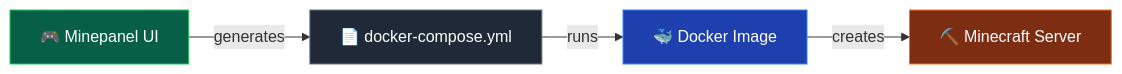
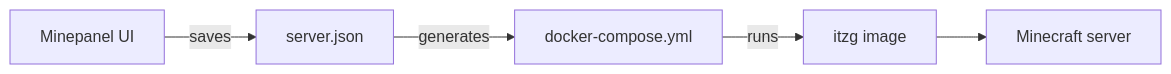
Before and after one commit to Ketbome/minepanel: the second of 2 diagrams in doc/server-types.md, drawn with Mermaid. The commit also changed other lines of this file and 56 other files, not shown here.

First line of the commit message:
docs: current screenshots and diagrams across the whole site (#333)

````diff
--- a/doc/server-types.md
+++ b/doc/server-types.md
@@ -33,11 +43,7 @@
 ```mermaid
 flowchart LR
-    A["🎮 Minepanel UI"] -->|"generates"| B["📄 docker-compose.yml"]
-    B -->|"runs"| C["🐳 Docker Image"]
-    C -->|"creates"| D["⛏️ Minecraft Server"]
-
-    style A fill:#065f46,stroke:#22c55e,color:#fff
-    style B fill:#1f2937,stroke:#6b7280,color:#fff
-    style C fill:#1e40af,stroke:#3b82f6,color:#fff
-    style D fill:#7c2d12,stroke:#f97316,color:#fff
+    A["Minepanel UI"] -->|"saves"| S["server.json"]
+    S -->|"generates"| B["docker-compose.yml"]
+    B -->|"runs"| C["itzg image"]
+    C --> D["Minecraft server"]
 ```
````
